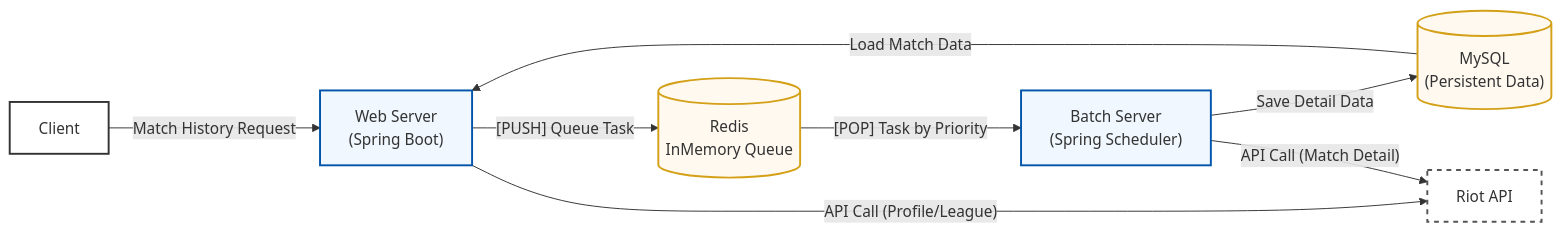
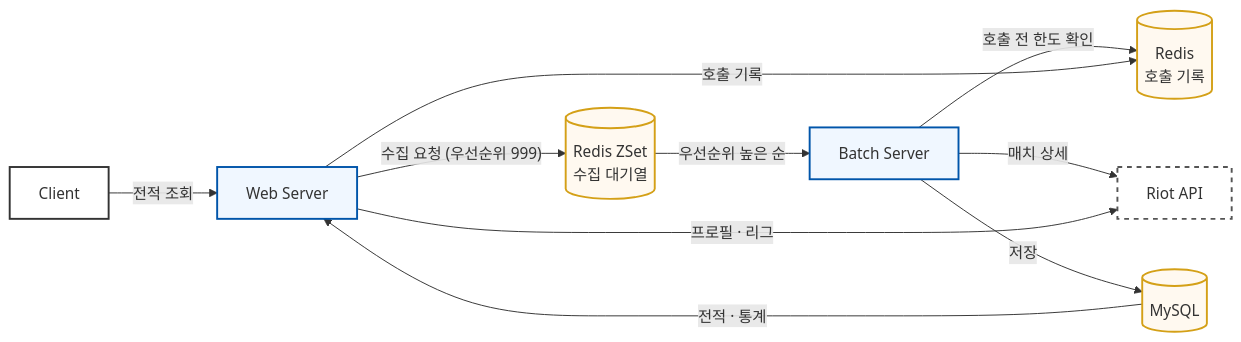
One commit to umsun1/TFT changed the diagram in README.md. Above: the diagram before and after it, drawn with Mermaid. The commit also changed other lines of this file, not shown here.

````diff
--- a/README.md
+++ b/README.md
@@ -89,31 +28,25 @@
 ```mermaid
 graph LR
-    %% 스타일 정의
     classDef client fill:#fff,stroke:#333,stroke-width:2px;
     classDef server fill:#f0f7ff,stroke:#0055aa,stroke-width:2px;
     classDef db fill:#fff9f0,stroke:#d4a017,stroke-width:2px;
     classDef external fill:#fff,stroke:#555,stroke-width:2px,stroke-dasharray: 5 5;
 
-    %% 노드 설정 
     Client[Client]:::client
-    Web["Web Server<br/>(Spring Boot)"]:::server
-    Redis[("Redis<br/>InMemory Queue")]:::db
-    MySQL[("MySQL<br/>(Persistent Data)")]:::db
-    Batch["Batch Server<br/>(Spring Scheduler)"]:::server
+    Web["Web Server"]:::server
+    Queue[("Redis ZSet<br/>수집 대기열")]:::db
+    Limiter[("Redis<br/>호출 기록")]:::db
+    MySQL[("MySQL")]:::db
+    Batch["Batch Server"]:::server
     Riot["Riot API"]:::external
 
-    %% 1. 사용자 요청 흐름 
-    Client -- "Match History Request" --> Web
-
-    %% 2. Web Server 데이터 흐름 
-    Web -- "[PUSH] Queue Task" --> Redis
-    MySQL -- "Load Match Data" --> Web
-
-    %% 3. Batch Server 데이터 흐름 
-    Redis -- "[POP] Task by Priority" --> Batch
-    Batch -- "Save Detail Data" --> MySQL
-
-    %% 4. 외부 API 호출 구조 
-    Web -- "API Call (Profile/League)" --> Riot
-    Batch -- "API Call (Match Detail)" --> Riot
+    Client -- "전적 조회" --> Web
+    Web -- "수집 요청 (우선순위 999)" --> Queue
+    MySQL -- "전적 · 통계" --> Web
+    Queue -- "우선순위 높은 순" --> Batch
+    Batch -- "호출 전 한도 확인" --> Limiter
+    Web -- "호출 기록" --> Limiter
+    Batch -- "매치 상세" --> Riot
+    Web -- "프로필 · 리그" --> Riot
+    Batch -- "저장" --> MySQL
 ```
````
